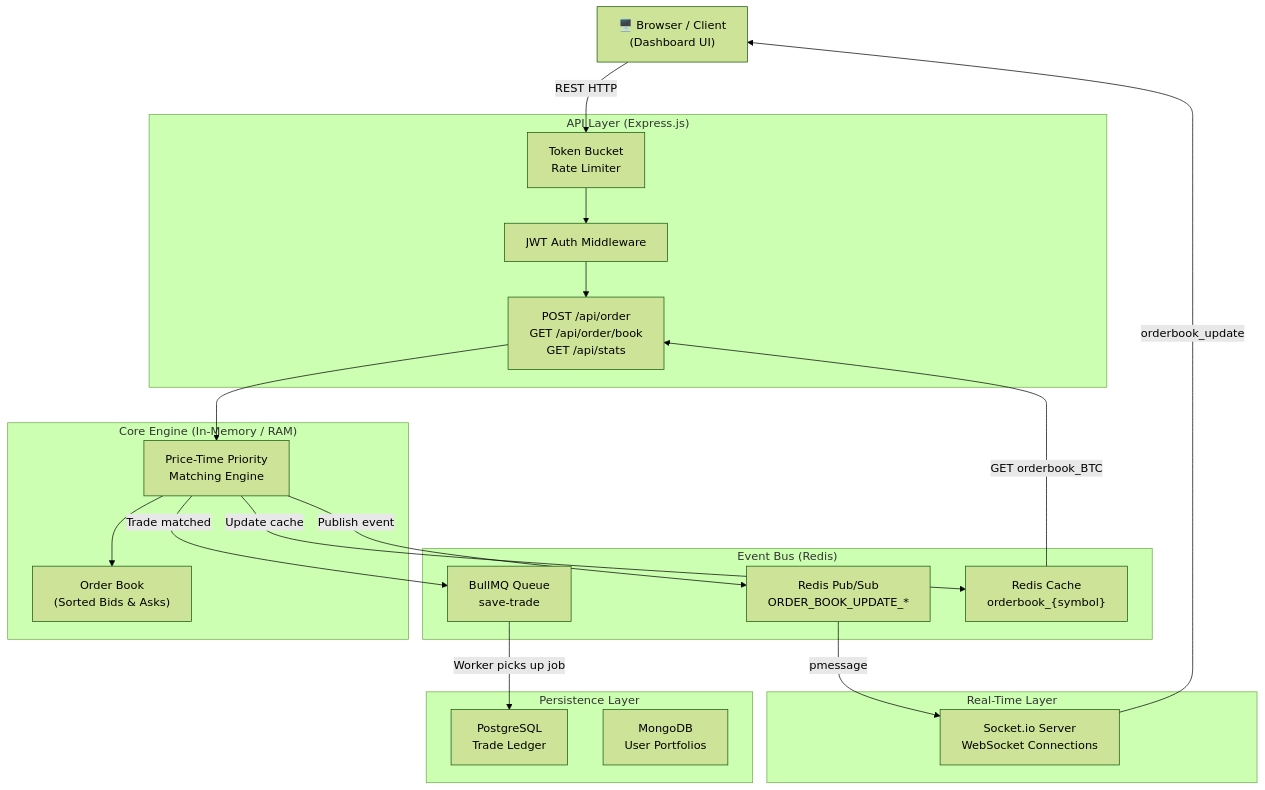
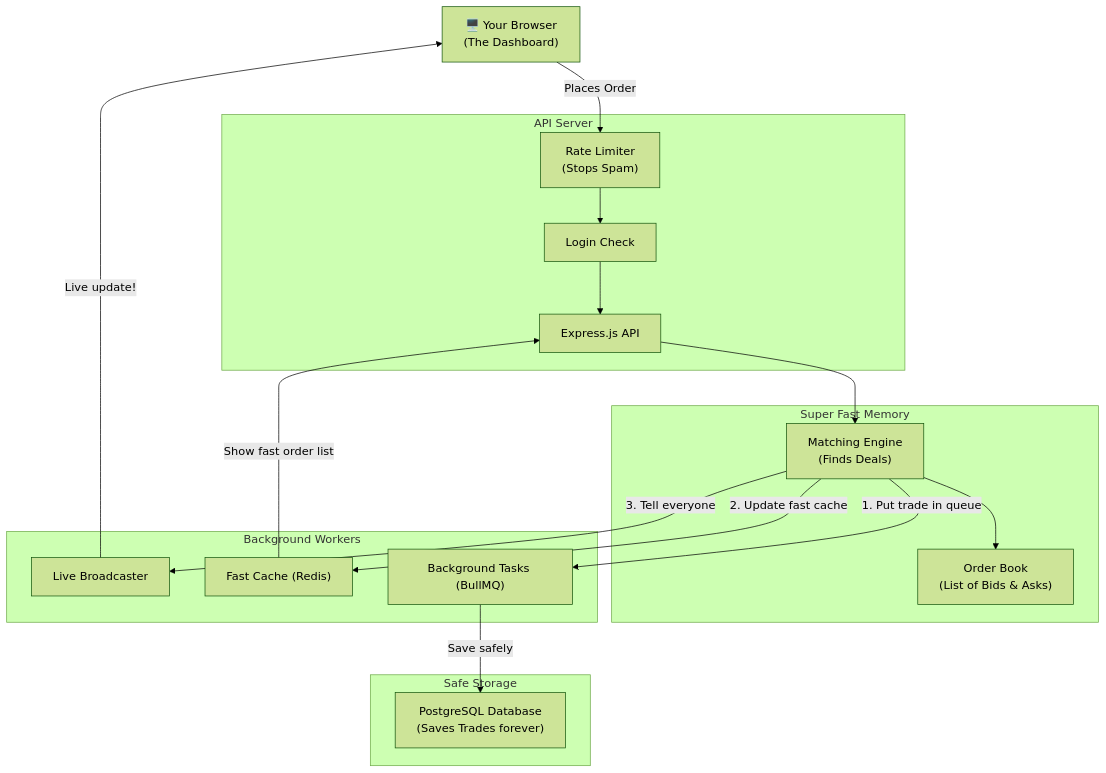
Before and after one commit to devGPP23/Distributed-financial-booker: the diagram in README.md, drawn with Mermaid (forest theme). The commit also changed other lines of this file and 8 other files, not shown here.

````diff
--- a/README.md
+++ b/README.md
@@ -26,43 +27,37 @@
 ```mermaid
 graph TD
-    Client["🖥️ Browser / Client\n(Dashboard UI)"]
+    Client["🖥️ Your Browser\n(The Dashboard)"]
     
-    subgraph API_Layer["API Layer (Express.js)"]
-        HTTP["POST /api/order\nGET /api/order/book\nGET /api/stats"]
-        Auth["JWT Auth Middleware"]
-        RateLimit["Token Bucket\nRate Limiter"]
+    subgraph API_Layer["API Server"]
+        HTTP["Express.js API"]
+        Auth["Login Check"]
+        RateLimit["Rate Limiter\n(Stops Spam)"]
     end
     
-    subgraph Core_Engine["Core Engine (In-Memory / RAM)"]
-        Engine["Price-Time Priority\nMatching Engine"]
-        OrderBook["Order Book\n(Sorted Bids & Asks)"]
+    subgraph Core_Engine["Super Fast Memory"]
+        Engine["Matching Engine\n(Finds Deals)"]
+        OrderBook["Order Book\n(List of Bids & Asks)"]
     end
     
-    subgraph Messaging["Event Bus (Redis)"]
-        PubSub["Redis Pub/Sub\nORDER_BOOK_UPDATE_*"]
-        Cache["Redis Cache\norderbook_{symbol}"]
-        Queue["BullMQ Queue\nsave-trade"]
+    subgraph Messaging["Background Workers"]
+        PubSub["Live Broadcaster"]
+        Cache["Fast Cache (Redis)"]
+        Queue["Background Tasks (BullMQ)"]
     end
     
-    subgraph Persistence["Persistence Layer"]
-        Postgres["PostgreSQL\nTrade Ledger"]
-        Mongo["MongoDB\nUser Portfolios"]
+    subgraph Persistence["Safe Storage"]
+        Postgres["PostgreSQL Database\n(Saves Trades forever)"]
     end
     
-    subgraph RealTime["Real-Time Layer"]
-        WS["Socket.io Server\nWebSocket Connections"]
-    end
-    
-    Client -->|"REST HTTP"| RateLimit
+    Client -->|"Places Order"| RateLimit
     RateLimit --> Auth
     Auth --> HTTP
     HTTP --> Engine
     Engine --> OrderBook
-    Engine -->|"Trade matched"| Queue
-    Engine -->|"Update cache"| Cache
-    Engine -->|"Publish event"| PubSub
-    PubSub -->|"pmessage"| WS
-    WS -->|"orderbook_update"| Client
-    Queue -->|"Worker picks up job"| Postgres
-    Cache -->|"GET orderbook_BTC"| HTTP
+    Engine -->|"1. Put trade in queue"| Queue
+    Engine -->|"2. Update fast cache"| Cache
+    Engine -->|"3. Tell everyone"| PubSub
+    PubSub -->|"Live update!"| Client
+    Queue -->|"Save safely"| Postgres
+    Cache -->|"Show fast order list"| HTTP
 ```
````
